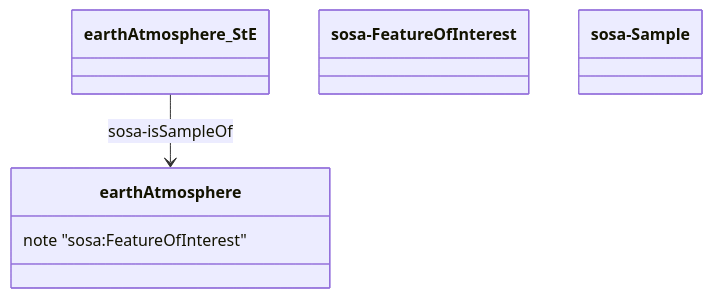
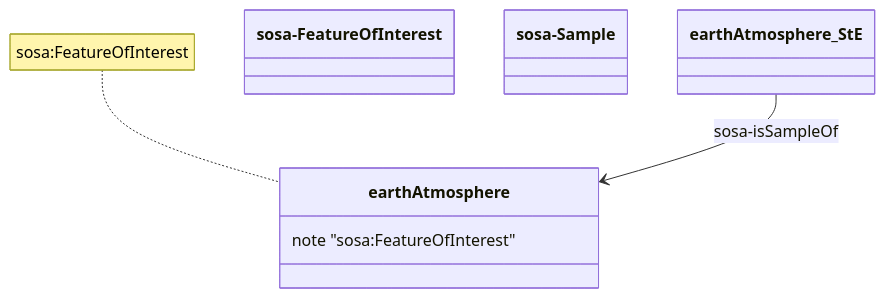
One commit to DataCoveEU/FAIRiTRASH changed the diagram in Test/Example.md. Above: the diagram before and after it, drawn with Mermaid.

````diff
--- a/Test/Example.md
+++ b/Test/Example.md
@@ -4,16 +4,16 @@
 ```mermaid
 classDiagram
    class earthAtmosphere{
       note "sosa:FeatureOfInterest"
     }
     class earthAtmosphere_StE{
     }
     class sosa-FeatureOfInterest{
     }
     class sosa-Sample{
     }
-    
+    note for earthAtmosphere "sosa:FeatureOfInterest"
     earthAtmosphere_StE --> earthAtmosphere: sosa-isSampleOf
 
     
 ```
````
